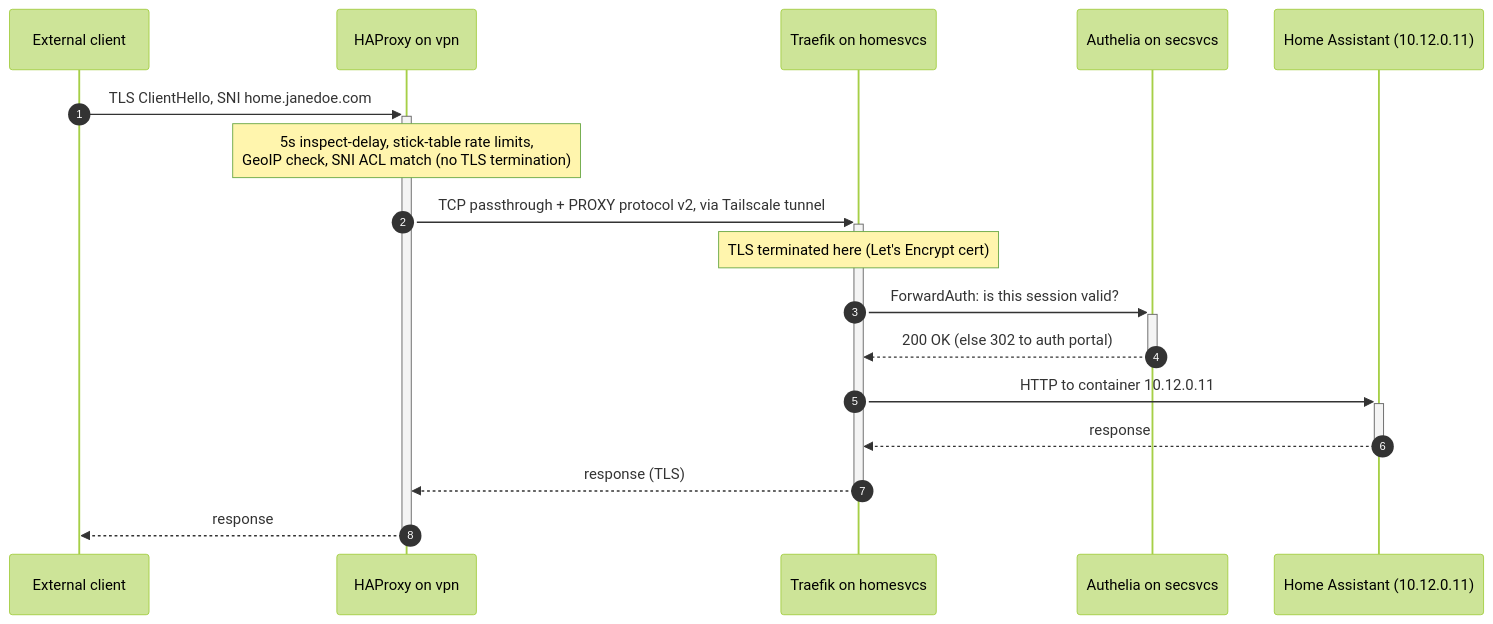
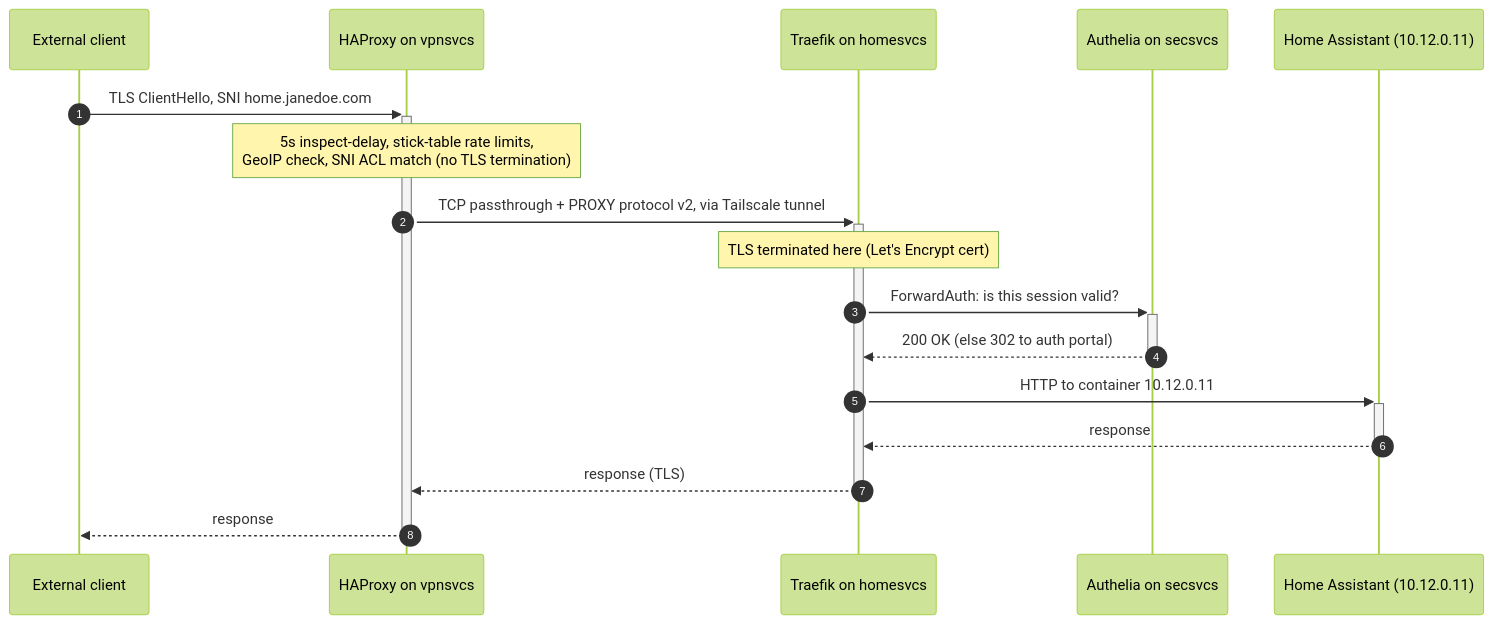
The second of 2 diagrams in rendered/docs/networking.md (babraham123/homelab), drawn with Mermaid (forest theme) before and after one commit. The commit also changed other lines of this file and 53 other files, not shown here.

First line of the commit message:
restructure/08: rename the vpn node to vpnsvcs

````diff
--- a/rendered/docs/networking.md
+++ b/rendered/docs/networking.md
@@ -152,20 +152,20 @@
 ```mermaid
 sequenceDiagram
     autonumber
     participant C as External client
-    participant H as HAProxy on vpn
+    participant H as HAProxy on vpnsvcs
     participant T as Traefik on homesvcs
     participant A as Authelia on secsvcs
     participant S as Home Assistant (10.12.0.11)
 
     C->>+H: TLS ClientHello, SNI home.janedoe.com
     Note over H: 5s inspect-delay, stick-table rate limits,<br/>GeoIP check, SNI ACL match (no TLS termination)
     H->>+T: TCP passthrough + PROXY protocol v2, via Tailscale tunnel
     Note over T: TLS terminated here (Let's Encrypt cert)
     T->>+A: ForwardAuth: is this session valid?
     A-->>-T: 200 OK (else 302 to auth portal)
     T->>+S: HTTP to container 10.12.0.11
     S-->>-T: response
     T-->>-H: response (TLS)
     H-->>-C: response
 ```
````
